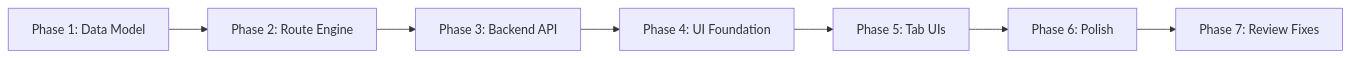
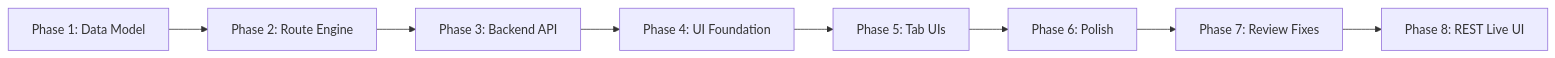
Before and after one commit to shamitv/llm-observe-proxy: the diagram in docs/plans/v0.5/implementation_plan.md, drawn with Mermaid. The commit also changed other lines of this file and 18 other files, not shown here.

Commit message:
feat: add live REST request and run admin UI

````diff
--- a/docs/plans/v0.5/implementation_plan.md
+++ b/docs/plans/v0.5/implementation_plan.md
@@ -24,9 +25,10 @@
 ```mermaid
 graph LR
     P1["Phase 1: Data Model"] --> P2["Phase 2: Route Engine"]
     P2 --> P3["Phase 3: Backend API"]
     P3 --> P4["Phase 4: UI Foundation"]
     P4 --> P5["Phase 5: Tab UIs"]
     P5 --> P6["Phase 6: Polish"]
     P6 --> P7["Phase 7: Review Fixes"]
+    P7 --> P8["Phase 8: REST Live UI"]
 ```
````
